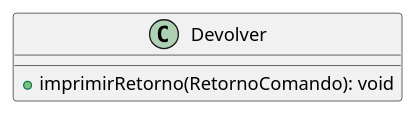
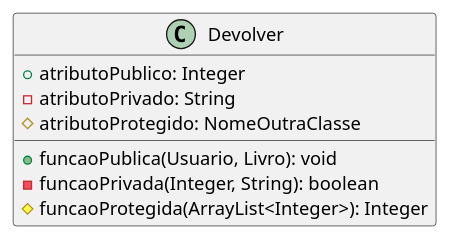
One commit to angelofelipe/library-system-OOP changed the diagram in diagrama de classes/src puml/src/comando/Devolver.puml. Above: the diagram before and after it, drawn with PlantUML. The commit also changed 24 other files, not shown here.

Commit message:
edita diagrama na pasta usuario

```diff
--- a/diagrama de classes/src puml/src/comando/Devolver.puml
+++ b/diagrama de classes/src puml/src/comando/Devolver.puml
@@ -1,8 +1,13 @@
 @startuml
 
-class Devolver  {
+class Devolver {
+    + atributoPublico: Integer
+    - atributoPrivado: String
+    # atributoProtegido: NomeOutraClasse
 
-    + imprimirRetorno(RetornoComando): void
+    + funcaoPublica(Usuario, Livro): void
+    - funcaoPrivada(Integer, String): boolean
+    # funcaoProtegida(ArrayList<Integer>): Integer
 }
 
 @enduml
```
